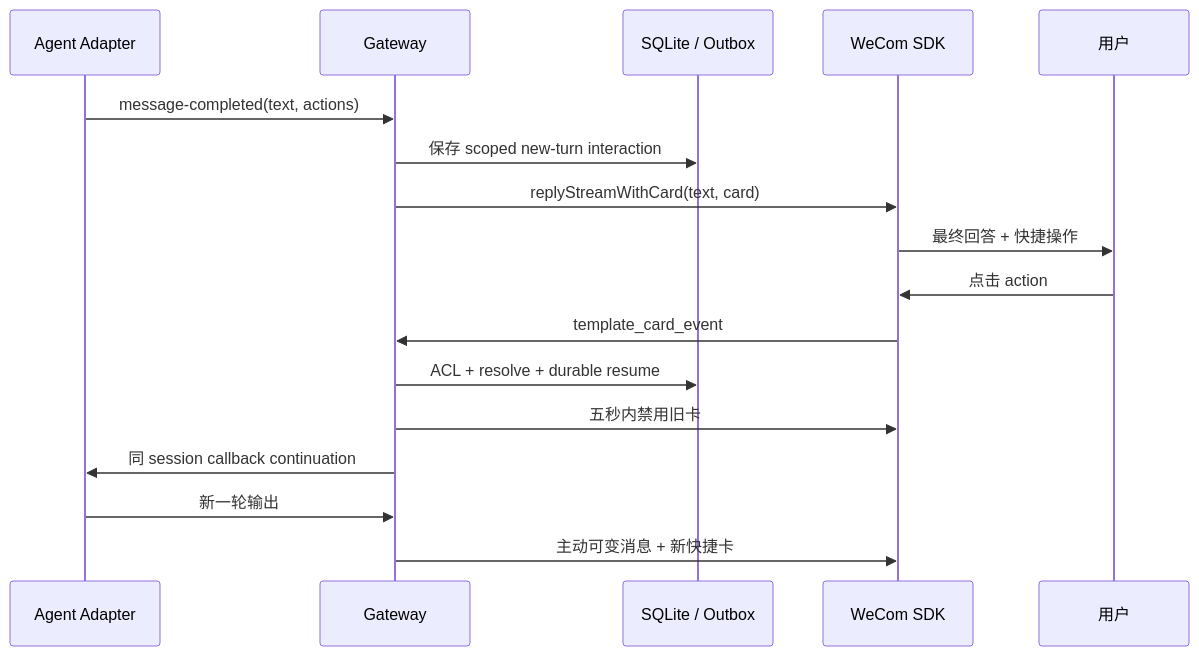
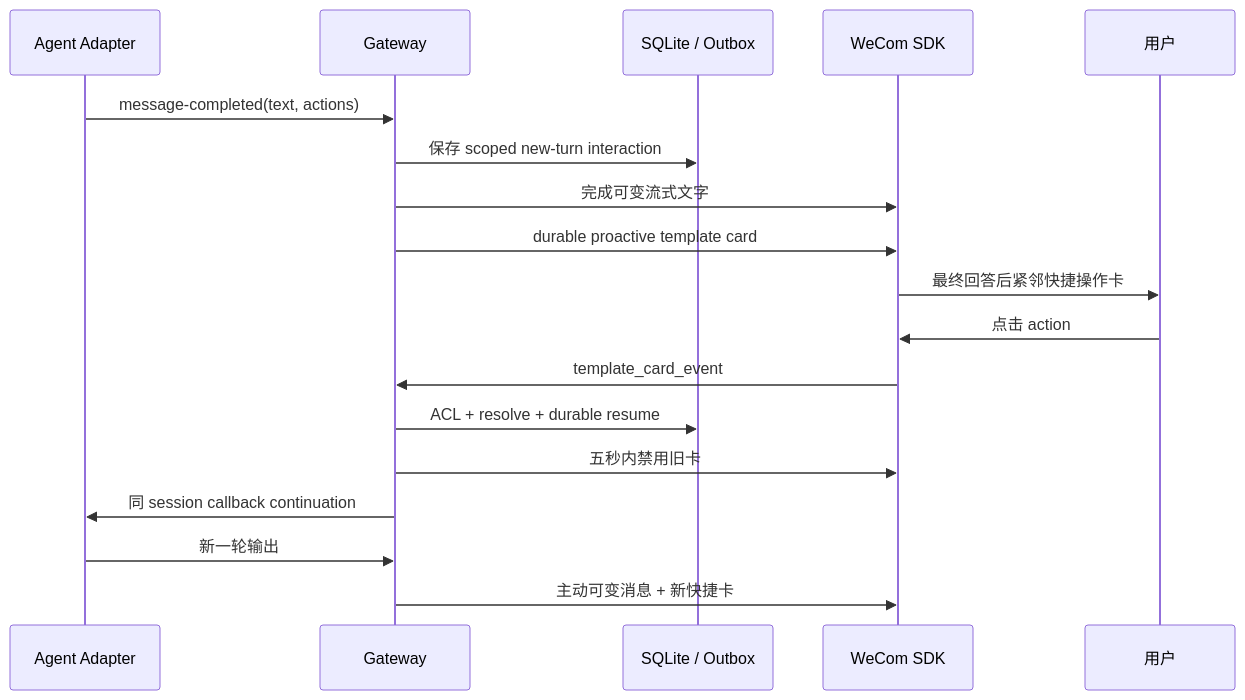
Before and after one commit to fyaic/wecom-agent-gateway: the fourth of 4 diagrams in docs/interaction-cards.md, drawn with Mermaid. The commit also changed other lines of this file and 6 other files, not shown here.

````diff
--- a/docs/interaction-cards.md
+++ b/docs/interaction-cards.md
@@ -332,20 +333,21 @@
 ```mermaid
 sequenceDiagram
     participant A as Agent Adapter
     participant G as Gateway
     participant S as SQLite / Outbox
     participant W as WeCom SDK
     participant U as 用户
 
     A->>G: message-completed(text, actions)
     G->>S: 保存 scoped new-turn interaction
-    G->>W: replyStreamWithCard(text, card)
-    W->>U: 最终回答 + 快捷操作
+    G->>W: 完成可变流式文字
+    G->>W: durable proactive template card
+    W->>U: 最终回答后紧邻快捷操作卡
     U->>W: 点击 action
     W->>G: template_card_event
     G->>S: ACL + resolve + durable resume
     G->>W: 五秒内禁用旧卡
     G->>A: 同 session callback continuation
     A->>G: 新一轮输出
     G->>W: 主动可变消息 + 新快捷卡
 ```
````
